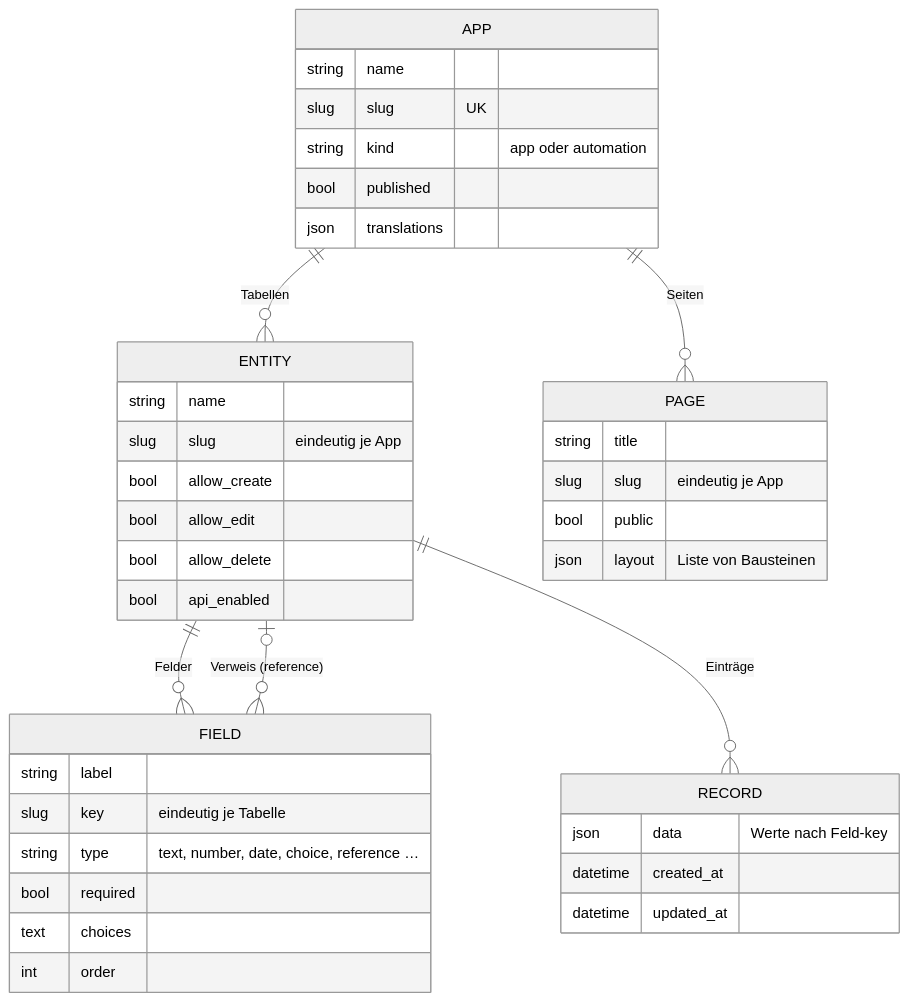
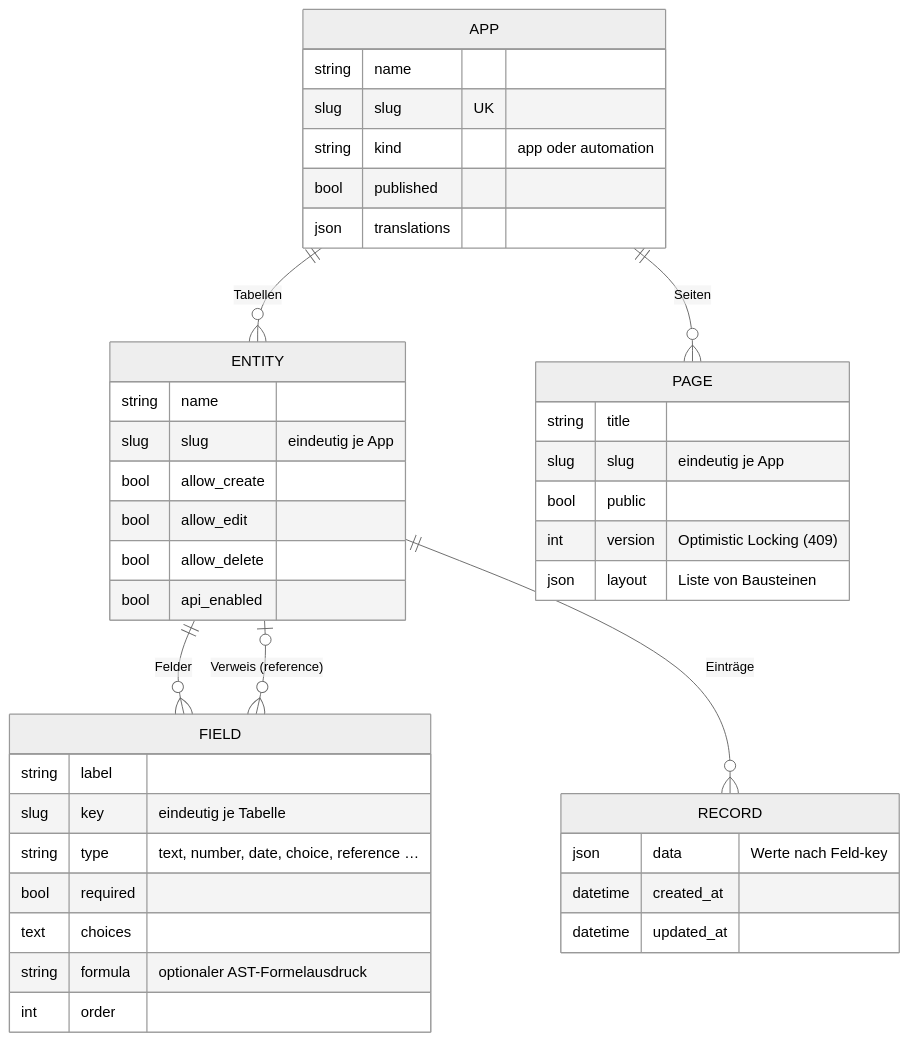
Before and after one commit to Turksat46/Baukasten: the third of 15 diagrams in docs/TECHNISCHE_DOKUMENTATION.md, drawn with Mermaid (neutral theme). The commit also changed other lines of this file and 37 other files, not shown here.

````diff
--- a/docs/TECHNISCHE_DOKUMENTATION.md
+++ b/docs/TECHNISCHE_DOKUMENTATION.md
@@ -242,43 +244,45 @@
 ```mermaid
 erDiagram
     APP ||--o{ ENTITY : "Tabellen"
     APP ||--o{ PAGE : "Seiten"
     ENTITY ||--o{ FIELD : "Felder"
     ENTITY ||--o{ RECORD : "Einträge"
     FIELD }o--o| ENTITY : "Verweis (reference)"
 
     APP {
         string name
         slug slug UK
         string kind "app oder automation"
         bool published
         json translations
     }
     ENTITY {
         string name
         slug slug "eindeutig je App"
         bool allow_create
         bool allow_edit
         bool allow_delete
         bool api_enabled
     }
     FIELD {
         string label
         slug key "eindeutig je Tabelle"
         string type "text, number, date, choice, reference …"
         bool required
         text choices
+        string formula "optionaler AST-Formelausdruck"
         int order
     }
     RECORD {
         json data "Werte nach Feld-key"
         datetime created_at
         datetime updated_at
     }
     PAGE {
         string title
         slug slug "eindeutig je App"
         bool public
+        int version "Optimistic Locking (409)"
         json layout "Liste von Bausteinen"
     }
 ```
````
